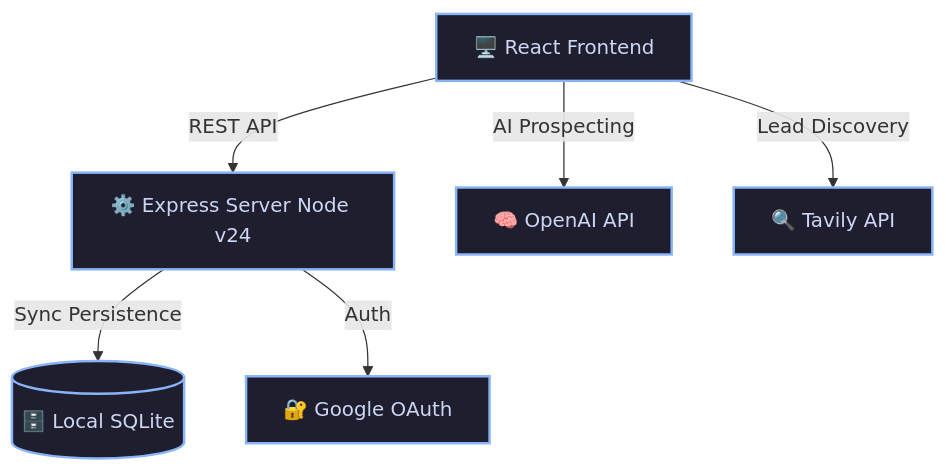
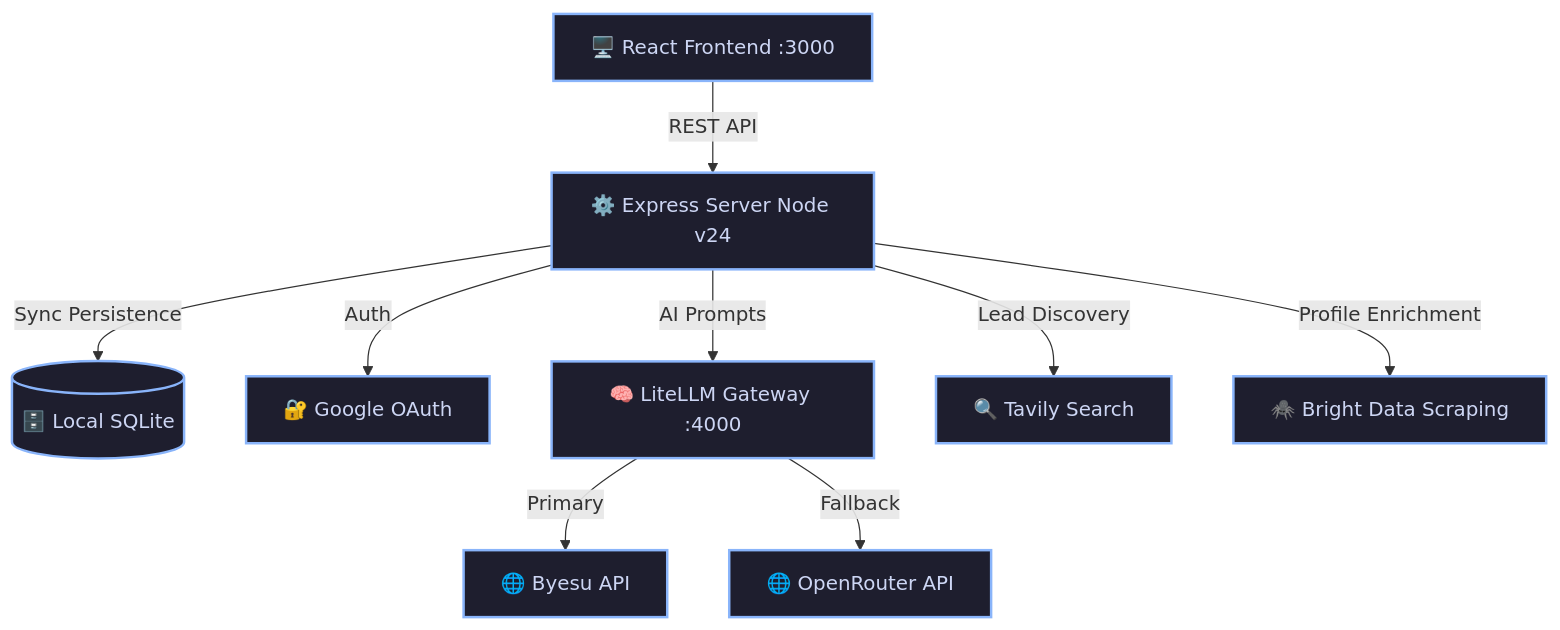
The diagram in README.md (AliasHolmes/Apex-CRM), drawn with Mermaid before and after one commit. The commit also changed other lines of this file, not shown here.

Commit message:
docs: update README.md with new architecture and LiteLLM/BrightData setup

````diff
--- a/README.md
+++ b/README.md
@@ -28,11 +27,18 @@
 ```mermaid
 graph TD
-    Client[🖥️ React Frontend] -->|REST API| Server[⚙️ Express Server Node v24]
+    Client[🖥️ React Frontend :3000] -->|REST API| Server[⚙️ Express Server Node v24]
     Server -->|Sync Persistence| DB[(🗄️ Local SQLite)]
     Server -->|Auth| OAuth[🔐 Google OAuth]
-    Client -->|AI Prospecting| AI[🧠 OpenAI API]
-    Client -->|Lead Discovery| Search[🔍 Tavily API]
+    
+    %% LLM Pathway
+    Server -->|AI Prompts| LLM[🧠 LiteLLM Gateway :4000]
+    LLM -->|Primary| Byesu[🌐 Byesu API]
+    LLM -->|Fallback| OpenRouter[🌐 OpenRouter API]
+
+    %% Search & Enrichment
+    Server -->|Lead Discovery| Tavily[🔍 Tavily Search]
+    Server -->|Profile Enrichment| BrightData[🕷️ Bright Data Scraping]
 
     classDef tech fill:#1e1e2e,stroke:#89b4fa,stroke-width:2px,color:#cdd6f4;
-    class Client,Server,DB,OAuth,AI,Search tech;
+    class Client,Server,DB,OAuth,LLM,Byesu,OpenRouter,Tavily,BrightData tech;
 ```
````
